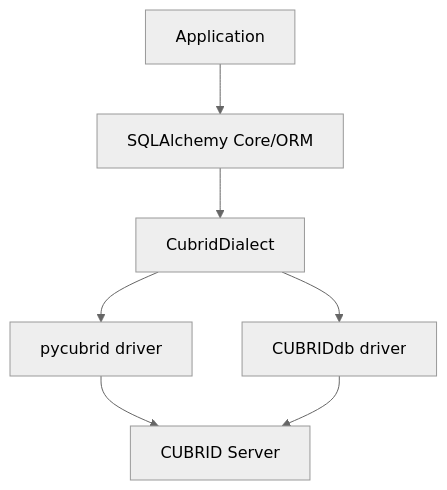
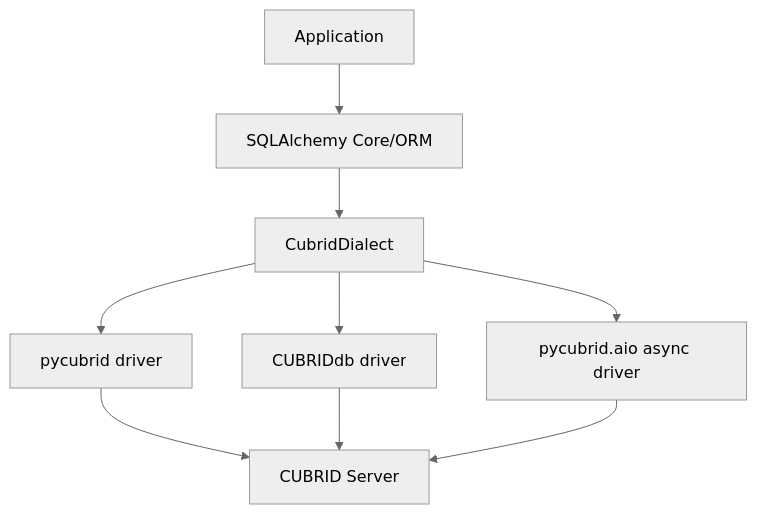
One commit to cubrid-labs/sqlalchemy-cubrid changed the first of 2 diagrams in README.md. Above: the diagram before and after it, drawn with Mermaid (neutral theme). The commit also changed other lines of this file and 8 other files, not shown here.

First line of the commit message:
feat: add async dialect support (create_async_engine)

````diff
--- a/README.md
+++ b/README.md
@@ -36,9 +36,11 @@
 ```mermaid
 flowchart TD
     app["Application"] --> sa["SQLAlchemy Core/ORM"]
     sa --> dialect["CubridDialect"]
     dialect --> pycubrid["pycubrid driver"]
     dialect --> cext["CUBRIDdb driver"]
+    dialect --> aio["pycubrid.aio async driver"]
     pycubrid --> server["CUBRID Server"]
     cext --> server
+    aio --> server
 ```
````
